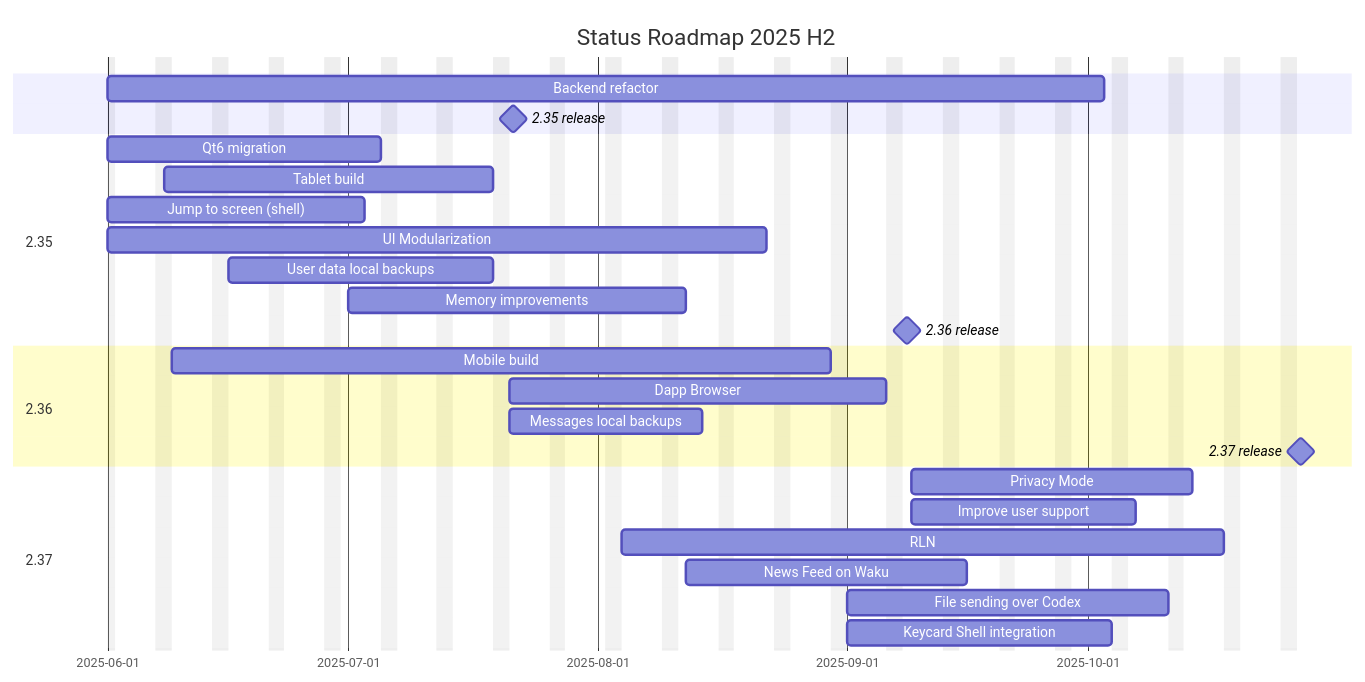
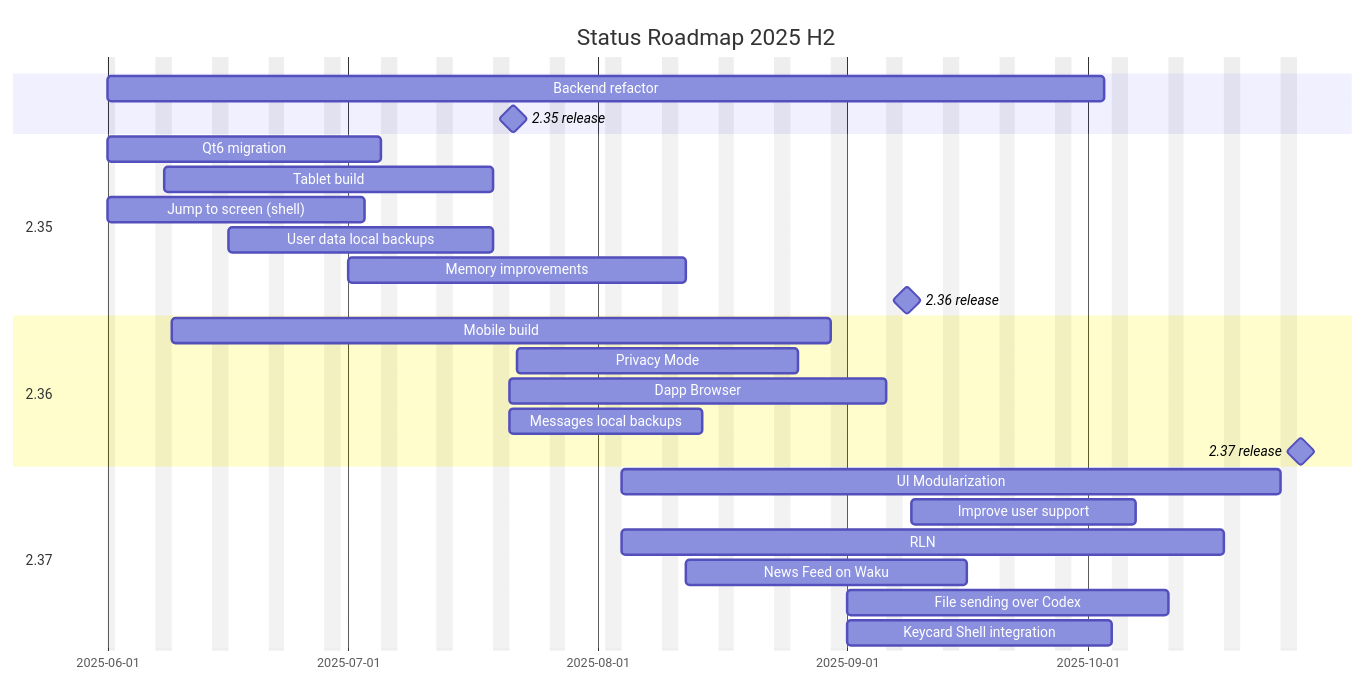
Before and after one commit to status-im/status-desktop: the diagram in docs/roadmap.md, drawn with Mermaid. The commit also changed other lines of this file, not shown here.

````diff
--- a/docs/roadmap.md
+++ b/docs/roadmap.md
@@ -14,36 +14,36 @@
 ```mermaid
 gantt
     title Status Roadmap 2025 H2
     excludes    weekends
     dateFormat  YYYY-MM-DD
 
     Backend refactor        :2025-06-01, 90d
 
-    2.35 release :milestone, m237, 2025-07-21, 1d
+    2.35 release :milestone, m235, 2025-07-21, 1d
 
     section 2.35
     Qt6 migration           :2025-06-01, 26d
     Tablet build            :t1, 2025-06-08, 31d
     Jump to screen (shell)  :2025-06-01, 24d
-    UI Modularization       :2025-06-01, 60d
     User data local backups :lb1, 2025-06-16, 25d
     Memory improvements     :mi1, 2025-07-01, 30d
 
     2.36 release            :milestone, m236, 2025-09-08, 1d
 
     section 2.36
     Mobile build            :2025-06-09, 60d
+    Privacy Mode            :after m235, 25d
     Dapp Browser            :after t1, 35d
     Messages local backups  :after lb1, 18d
 
     2.37 release             :milestone, m237, 2025-10-27, 1d
 
     section 2.37
-    Privacy Mode                :after m236, 25d
+    UI Modularization           :2025-08-04, 60d
     Improve user support        :after m236, 20d
     RLN                         :2025-08-04, 55d
     News Feed on Waku           :after mi1, 25d
     File sending over Codex     :2025-09-01, 30d
     Keycard Shell integration   :2025-09-01, 25d
 
 ```
````
